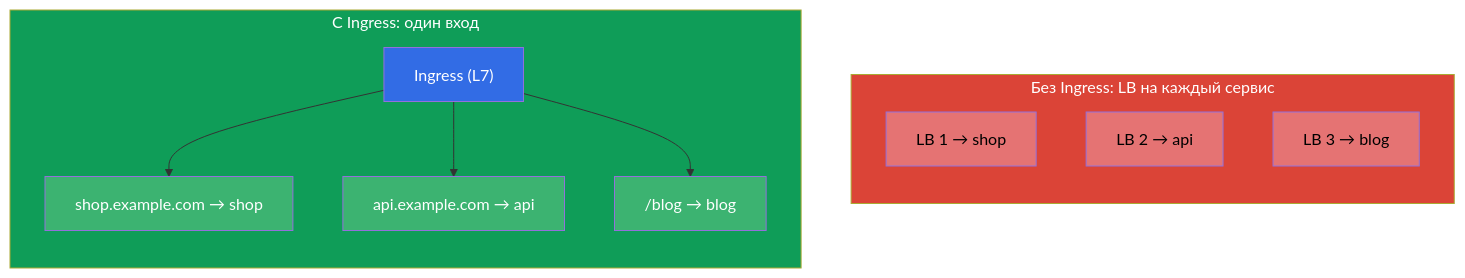
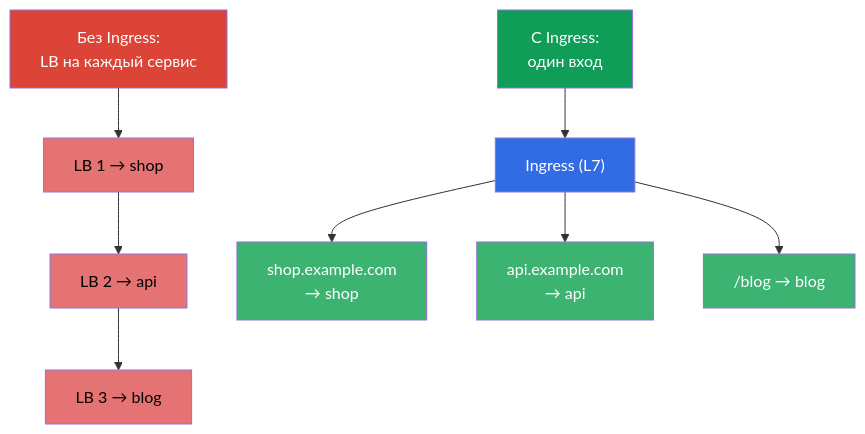
Before and after one commit to ViktorUJ/cks: the first of 7 diagrams in tasks/cka/course/32/ru.md, drawn with Mermaid. The commit also changed other lines of this file and 30 other files, not shown here.

````diff
--- a/tasks/cka/course/32/ru.md
+++ b/tasks/cka/course/32/ru.md
@@ -15,24 +15,17 @@
 ```mermaid
 flowchart TB
-    subgraph Bad["Без Ingress: LB на каждый сервис"]
-        direction TB
-        lb1["LB 1 → shop"]
-        lb2["LB 2 → api"]
-        lb3["LB 3 → blog"]
-    end
-    subgraph Good["С Ingress: один вход"]
-        direction TB
-        ing["Ingress (L7)"] --> gshop["shop.example.com → shop"]
-        ing --> gapi["api.example.com → api"]
-        ing --> gblog["/blog → blog"]
-    end
-    style Bad fill:#db4437,color:#fff
-    style Good fill:#0f9d58,color:#fff
+    bad0["Без Ingress:<br>LB на каждый сервис"] --> lb1["LB 1 → shop"] --> lb2["LB 2 → api"] --> lb3["LB 3 → blog"]
+    good0["С Ingress:<br>один вход"] --> ing["Ingress (L7)"]
+    ing --> gshop["shop.example.com<br>→ shop"]
+    ing --> gapi["api.example.com<br>→ api"]
+    ing --> gblog["/blog → blog"]
+    style bad0 fill:#db4437,color:#fff
+    style good0 fill:#0f9d58,color:#fff
     style lb1 fill:#e57373,color:#000
     style lb2 fill:#e57373,color:#000
     style lb3 fill:#e57373,color:#000
     style ing fill:#326ce5,color:#fff
     style gshop fill:#3cb371,color:#fff
     style gapi fill:#3cb371,color:#fff
     style gblog fill:#3cb371,color:#fff
 ```
````
